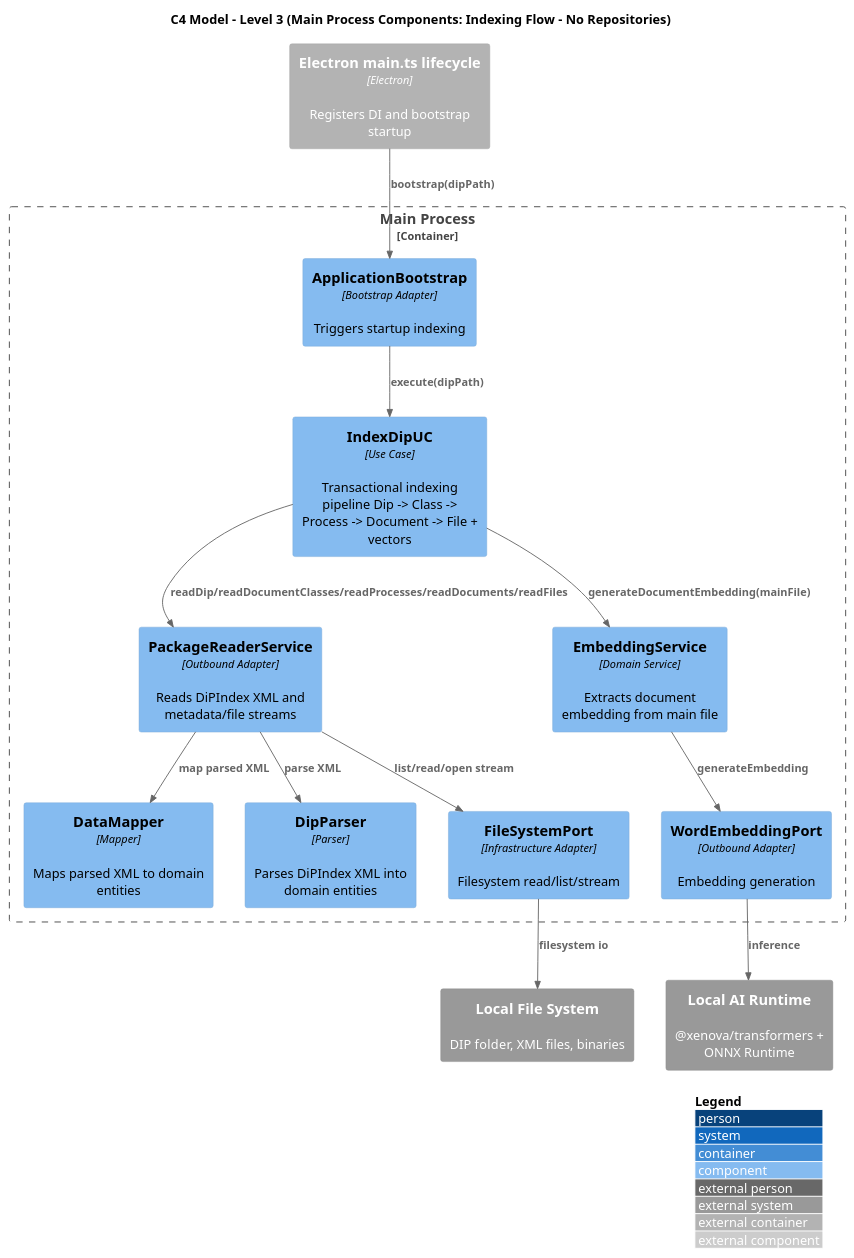
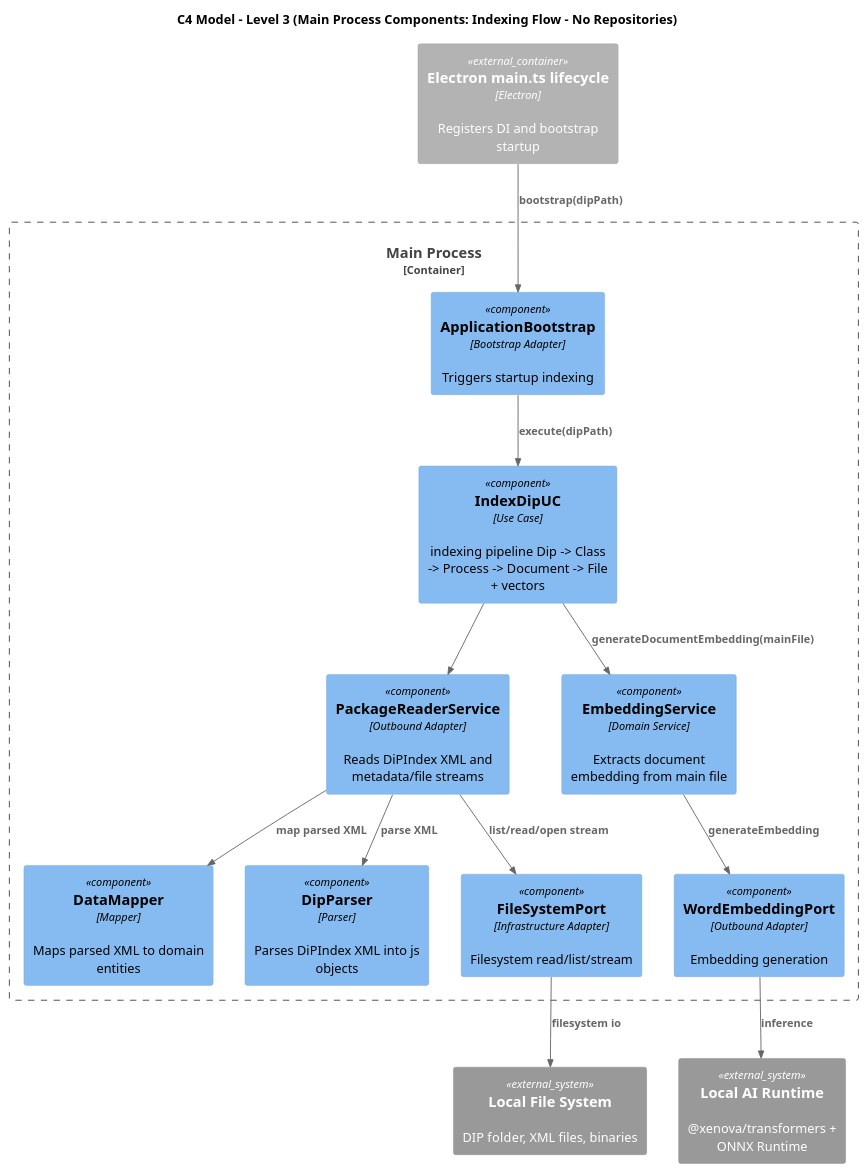
Before and after one commit to 7-ZPUs/Docs: the diagram in 3_PB/DocumentiEsterni/DiagrammiSpecificaTecnica/generated_/architecture/c1-c3/C3-main-indexing-flow-no-repos.puml, drawn with PlantUML. The commit also changed 29 other files, not shown here.

```diff
--- a/3_PB/DocumentiEsterni/DiagrammiSpecificaTecnica/generated_/architecture/c1-c3/C3-main-indexing-flow-no-repos.puml
+++ b/3_PB/DocumentiEsterni/DiagrammiSpecificaTecnica/generated_/architecture/c1-c3/C3-main-indexing-flow-no-repos.puml
@@ -1,38 +1,38 @@
 @startuml C3_Main_Indexing_Flow_No_Repos
 !includeurl https://raw.githubusercontent.com/plantuml-stdlib/C4-PlantUML/master/C4_Component.puml
 
 title C4 Model - Level 3 (Main Process Components: Indexing Flow - No Repositories)
 
-LAYOUT_WITH_LEGEND()
+skinparam linetype straight
 
 Container_Boundary(main_container, "Main Process") {
   Component(app_bootstrap, "ApplicationBootstrap", "Bootstrap Adapter", "Triggers startup indexing")
-  Component(index_dip, "IndexDipUC", "Use Case", "Transactional indexing pipeline Dip -> Class -> Process -> Document -> File + vectors")
+  Component(index_dip, "IndexDipUC", "Use Case", "indexing pipeline Dip -> Class -> Process -> Document -> File + vectors")
 
   Component(package_reader, "PackageReaderService", "Outbound Adapter", "Reads DiPIndex XML and metadata/file streams")
   Component(data_mapper, "DataMapper", "Mapper", "Maps parsed XML to domain entities")
-  Component(dip_parser, "DipParser", "Parser", "Parses DiPIndex XML into domain entities")
+  Component(dip_parser, "DipParser", "Parser", "Parses DiPIndex XML into js objects")
   Component(file_system_provider, "FileSystemPort", "Infrastructure Adapter", "Filesystem read/list/stream")
 
   Component(chunker, "EmbeddingService", "Domain Service", "Extracts document embedding from main file")
   Component(word_embedding, "WordEmbeddingPort", "Outbound Adapter", "Embedding generation")
 }
 
 Container_Ext(main_lifecycle, "Electron main.ts lifecycle", "Electron", "Registers DI and bootstrap startup")
 System_Ext(local_fs, "Local File System", "DIP folder, XML files, binaries")
 System_Ext(ai_runtime, "Local AI Runtime", "@xenova/transformers + ONNX Runtime")
 
 Rel(main_lifecycle, app_bootstrap, "bootstrap(dipPath)")
 Rel(app_bootstrap, index_dip, "execute(dipPath)")
 
-Rel(index_dip, package_reader, "readDip/readDocumentClasses/readProcesses/readDocuments/readFiles")
+Rel(index_dip, package_reader, "")
 Rel(package_reader, data_mapper, "map parsed XML")
 Rel(package_reader, dip_parser, "parse XML")
 Rel(package_reader, file_system_provider, "list/read/open stream")
 Rel(file_system_provider, local_fs, "filesystem io")
 
 Rel(index_dip, chunker, "generateDocumentEmbedding(mainFile)")
 Rel(chunker, word_embedding, "generateEmbedding")
 Rel(word_embedding, ai_runtime, "inference")
 
 @enduml
```
